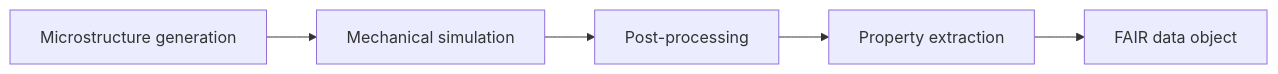
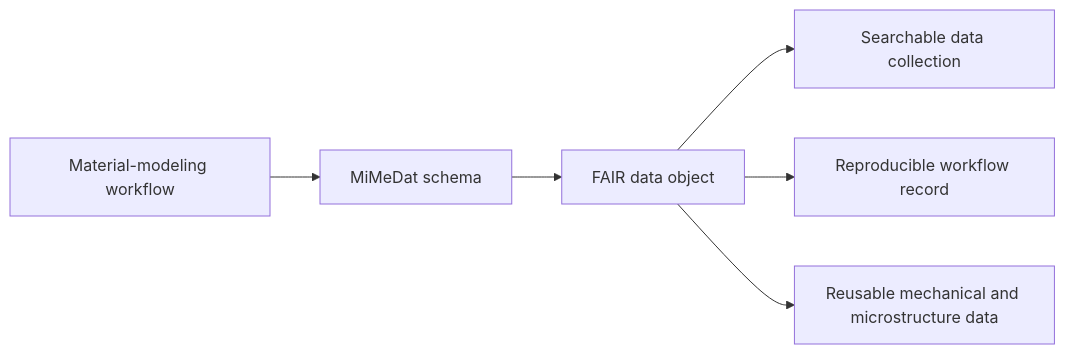
The first of 4 diagrams in README.md (YousefRezek/MiMeDat), drawn with Mermaid before and after one commit. The commit also changed other lines of this file, not shown here.

````diff
--- a/README.md
+++ b/README.md
@@ -36,7 +38,8 @@
 ```mermaid
 flowchart LR
-    A[Microstructure generation] --> B[Mechanical simulation]
-    B --> C[Post-processing]
-    C --> D[Property extraction]
-    D --> E[FAIR data object]
+    A[Material-modeling workflow] --> B[MiMeDat schema]
+    B --> C[FAIR data object]
+    C --> D[Searchable data collection]
+    C --> E[Reproducible workflow record]
+    C --> F[Reusable mechanical and microstructure data]
 ```
````
